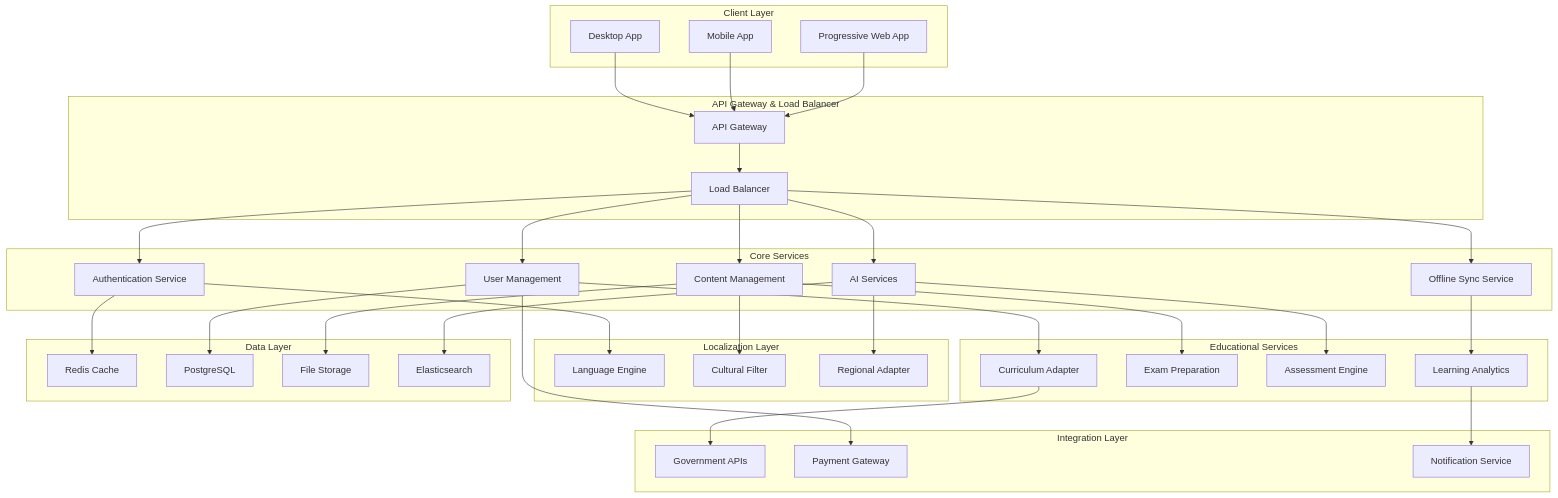
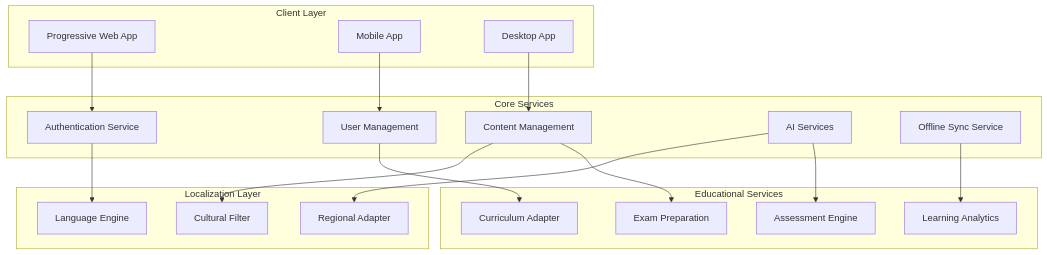
Before and after one commit to uday68/mindhangar: the diagram in .kiro/specs/mindhangar-ai-for-bharat/design.md, drawn with Mermaid. The commit also changed other lines of this file, not shown here.

````diff
--- a/.kiro/specs/mindhangar-ai-for-bharat/design.md
+++ b/.kiro/specs/mindhangar-ai-for-bharat/design.md
@@ -13,76 +11,42 @@
 ```mermaid
 graph TB
     subgraph "Client Layer"
         PWA[Progressive Web App]
         Mobile[Mobile App]
         Desktop[Desktop App]
-    end
-    
-    subgraph "API Gateway & Load Balancer"
-        Gateway[API Gateway]
-        LB[Load Balancer]
     end
     
     subgraph "Core Services"
         Auth[Authentication Service]
         User[User Management]
         Content[Content Management]
         AI[AI Services]
         Sync[Offline Sync Service]
     end
     
     subgraph "Localization Layer"
         Lang[Language Engine]
         Cultural[Cultural Filter]
         Regional[Regional Adapter]
     end
     
     subgraph "Educational Services"
         Curriculum[Curriculum Adapter]
         Exam[Exam Preparation]
         Assessment[Assessment Engine]
         Analytics[Learning Analytics]
     end
     
-    subgraph "Integration Layer"
-        Gov[Government APIs]
-        Payment[Payment Gateway]
-        Notification[Notification Service]
-    end
-    
-    subgraph "Data Layer"
-        Cache[Redis Cache]
-        Primary[PostgreSQL]
-        Files[File Storage]
-        Search[Elasticsearch]
-    end
-    
-    PWA --> Gateway
-    Mobile --> Gateway
-    Desktop --> Gateway
-    
-    Gateway --> LB
-    LB --> Auth
-    LB --> User
-    LB --> Content
-    LB --> AI
-    LB --> Sync
+    PWA --> Auth
+    Mobile --> User
+    Desktop --> Content
     
     Auth --> Lang
     Content --> Cultural
     AI --> Regional
     
     User --> Curriculum
     Content --> Exam
     AI --> Assessment
     Sync --> Analytics
-    
-    Curriculum --> Gov
-    User --> Payment
-    Analytics --> Notification
-    
-    Auth --> Cache
-    User --> Primary
-    Content --> Files
-    AI --> Search
 ```
````
